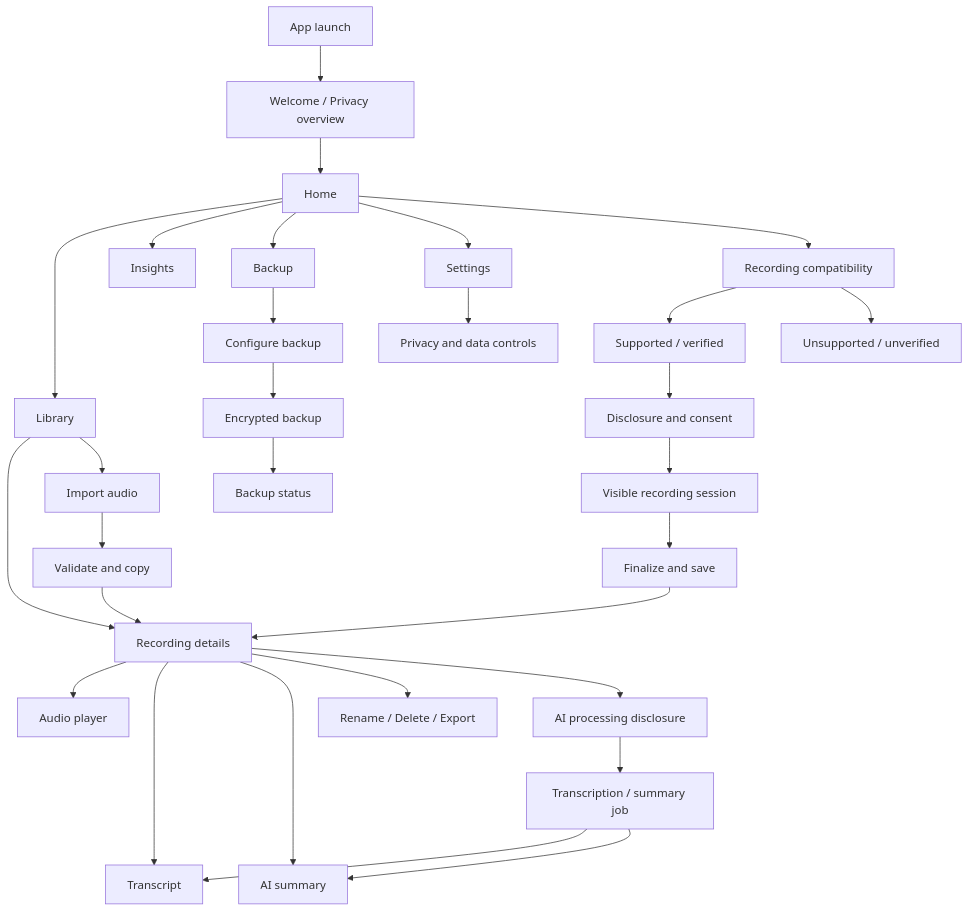
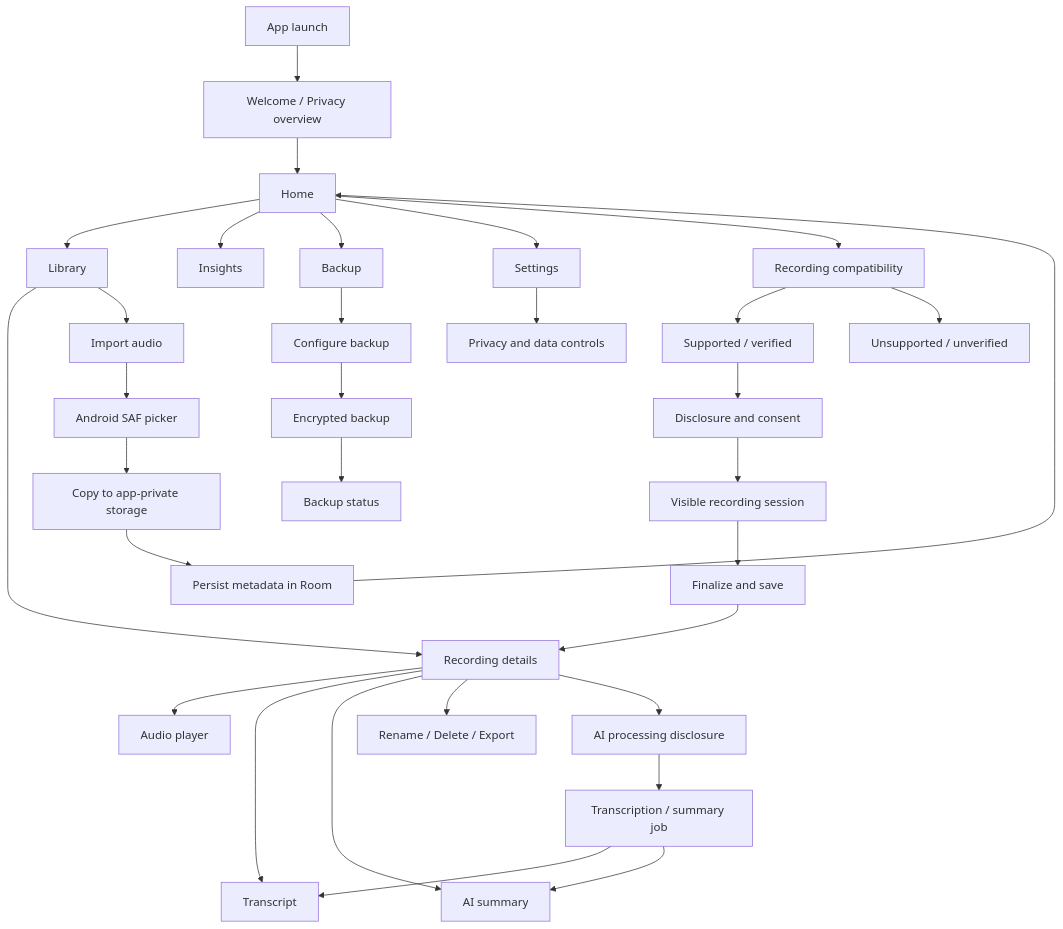
One commit to HarshVDubey/CallVault changed the diagram in appflow.md. Above: the diagram before and after it, drawn with Mermaid. The commit also changed other lines of this file, not shown here.

Commit message:
docs: update application flow for implemented SAF import

````diff
--- a/appflow.md
+++ b/appflow.md
@@ -10,32 +10,34 @@
 ```mermaid
 flowchart TD
   SPLASH["App launch"] --> ONBOARD["Welcome / Privacy overview"]
   ONBOARD --> HOME["Home"]
   HOME --> LIB["Library"]
   HOME --> INS["Insights"]
   HOME --> BACK["Backup"]
   HOME --> SET["Settings"]
   HOME --> CAP["Recording compatibility"]
   LIB --> DETAIL["Recording details"]
   DETAIL --> PLAYER["Audio player"]
   DETAIL --> TRANS["Transcript"]
   DETAIL --> SUMMARY["AI summary"]
   DETAIL --> ACTIONS["Rename / Delete / Export"]
   LIB --> IMPORT["Import audio"]
-  IMPORT --> VALIDATE["Validate and copy"]
-  VALIDATE --> DETAIL
+  IMPORT --> PICKER["Android SAF picker"]
+  PICKER --> COPY["Copy to app-private storage"]
+  COPY --> ROOM["Persist metadata in Room"]
+  ROOM --> HOME
   CAP --> SUPPORTED["Supported / verified"]
   CAP --> UNSUPPORTED["Unsupported / unverified"]
   SUPPORTED --> CONSENT["Disclosure and consent"]
   CONSENT --> RECORD["Visible recording session"]
   RECORD --> SAVE["Finalize and save"]
   SAVE --> DETAIL
   DETAIL --> AI_CONFIRM["AI processing disclosure"]
   AI_CONFIRM --> AI_JOB["Transcription / summary job"]
   AI_JOB --> TRANS
   AI_JOB --> SUMMARY
   BACK --> CONFIG["Configure backup"]
   CONFIG --> BACKUP["Encrypted backup"]
   BACKUP --> STATUS["Backup status"]
   SET --> PRIVACY["Privacy and data controls"]
 ```
````
